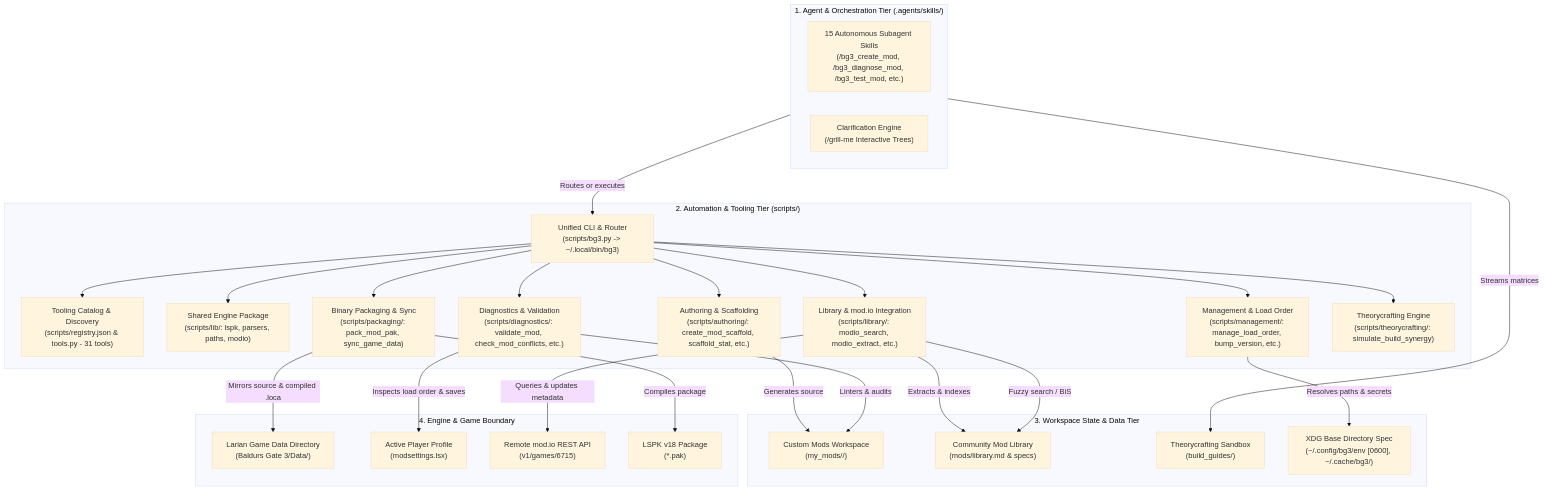
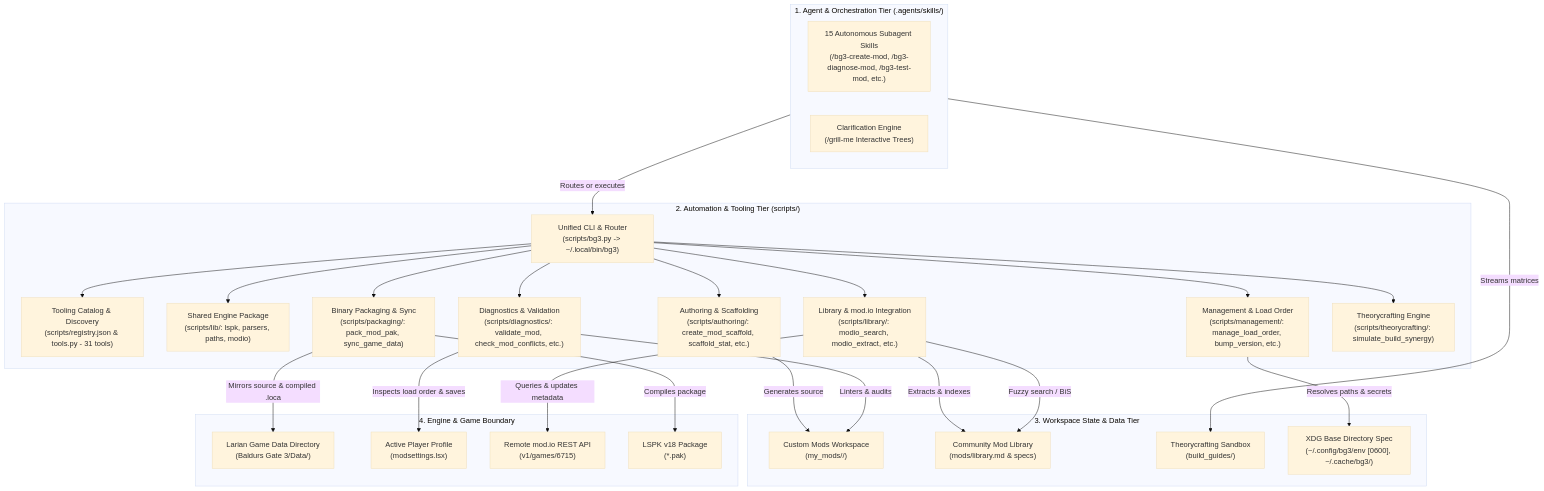
The first of 3 diagrams in docs/ARCHITECTURE.md (jpelton-stroud/bg3-mod-studio), drawn with Mermaid (base theme) before and after one commit. The commit also changed other lines of this file and 37 other files, not shown here.

````diff
--- a/docs/ARCHITECTURE.md
+++ b/docs/ARCHITECTURE.md
@@ -14,54 +14,54 @@
 ```mermaid
 flowchart TD
     subgraph Tier1["1. Agent & Orchestration Tier (.agents/skills/)"]
-        Agents["15 Autonomous Subagent Skills\n(/bg3_create_mod, /bg3_diagnose_mod, /bg3_test_mod, etc.)"]
+        Agents["15 Autonomous Subagent Skills\n(/bg3-create-mod, /bg3-diagnose-mod, /bg3-test-mod, etc.)"]
         GrillMe["Clarification Engine\n(/grill-me Interactive Trees)"]
     end
 
     subgraph Tier2["2. Automation & Tooling Tier (scripts/)"]
         CLI["Unified CLI & Router\n(scripts/bg3.py -> ~/.local/bin/bg3)"]
         Registry["Tooling Catalog & Discovery\n(scripts/registry.json & tools.py - 31 tools)"]
         SharedLib["Shared Engine Package\n(scripts/lib/: lspk, parsers, paths, modio)"]
         Authoring["Authoring & Scaffolding\n(scripts/authoring/: create_mod_scaffold, scaffold_stat, etc.)"]
         Diagnostics["Diagnostics & Validation\n(scripts/diagnostics/: validate_mod, check_mod_conflicts, etc.)"]
         LibraryPkg["Library & mod.io Integration\n(scripts/library/: modio_search, modio_extract, etc.)"]
         Management["Management & Load Order\n(scripts/management/: manage_load_order, bump_version, etc.)"]
         Packaging["Binary Packaging & Sync\n(scripts/packaging/: pack_mod_pak, sync_game_data)"]
         Theorycrafting["Theorycrafting Engine\n(scripts/theorycrafting/: simulate_build_synergy)"]
     end
 
     subgraph Tier3["3. Workspace State & Data Tier"]
         MyMods["Custom Mods Workspace\n(my_mods/<mod-slug>/)"]
         ModsLib["Community Mod Library\n(mods/library.md & specs)"]
         Sandboxes["Theorycrafting Sandbox\n(build_guides/)"]
         XDGConfig["XDG Base Directory Spec\n(~/.config/bg3/env [0600], ~/.cache/bg3/)"]
     end
 
     subgraph Tier4["4. Engine & Game Boundary"]
         GameData["Larian Game Data Directory\n(Baldurs Gate 3/Data/)"]
         ProfileSettings["Active Player Profile\n(modsettings.lsx)"]
         ModioRemote["Remote mod.io REST API\n(v1/games/6715)"]
         Distribution["LSPK v18 Package\n(*.pak)"]
     end
 
     Tier1 -->|Routes or executes| CLI
     CLI --> Registry
     CLI --> SharedLib
     CLI --> Authoring
     CLI --> Diagnostics
     CLI --> LibraryPkg
     CLI --> Management
     CLI --> Packaging
     CLI --> Theorycrafting
 
     Authoring -->|Generates source| MyMods
     Packaging -->|Mirrors source & compiled .loca| GameData
     Packaging -->|Compiles package| Distribution
     Diagnostics -->|Linters & audits| MyMods
     Diagnostics -->|Inspects load order & saves| ProfileSettings
     LibraryPkg -->|Queries & updates metadata| ModioRemote
     LibraryPkg -->|Extracts & indexes| ModsLib
     LibraryPkg -->|Fuzzy search / BiS| ModsLib
     Tier1 -->|Streams matrices| Sandboxes
     Management -->|Resolves paths & secrets| XDGConfig
 ```
````
